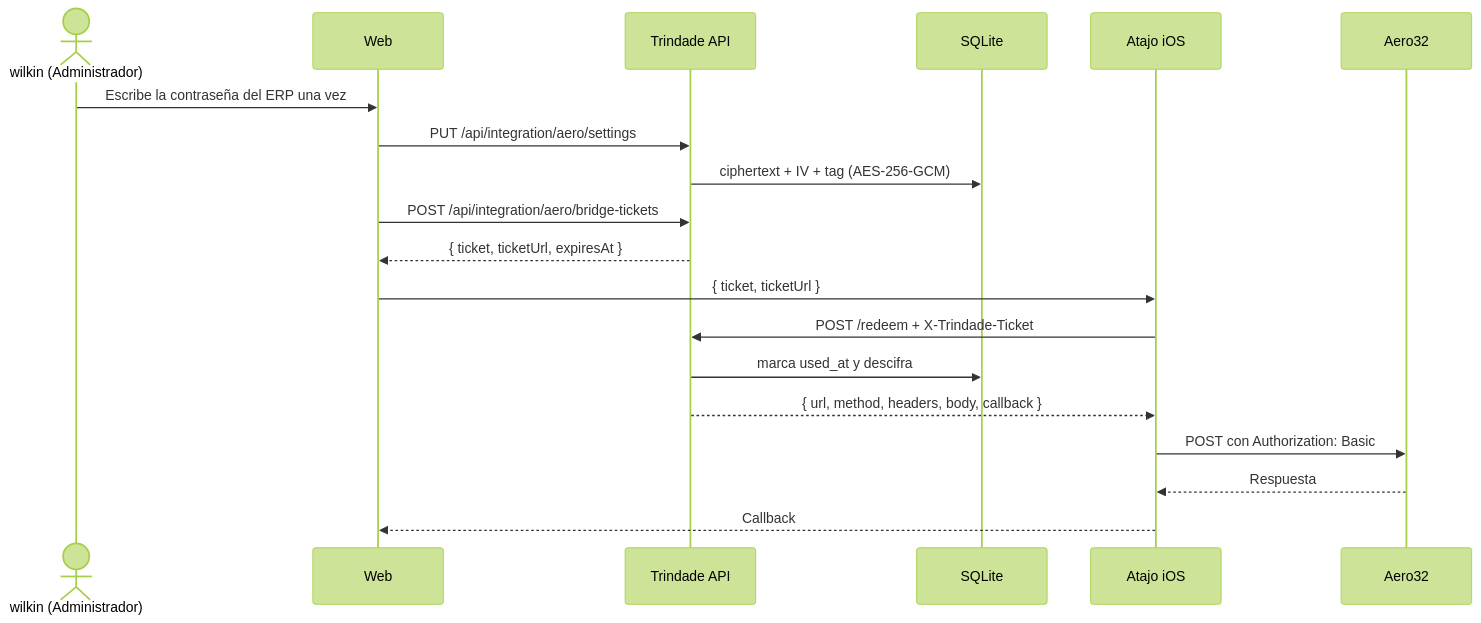
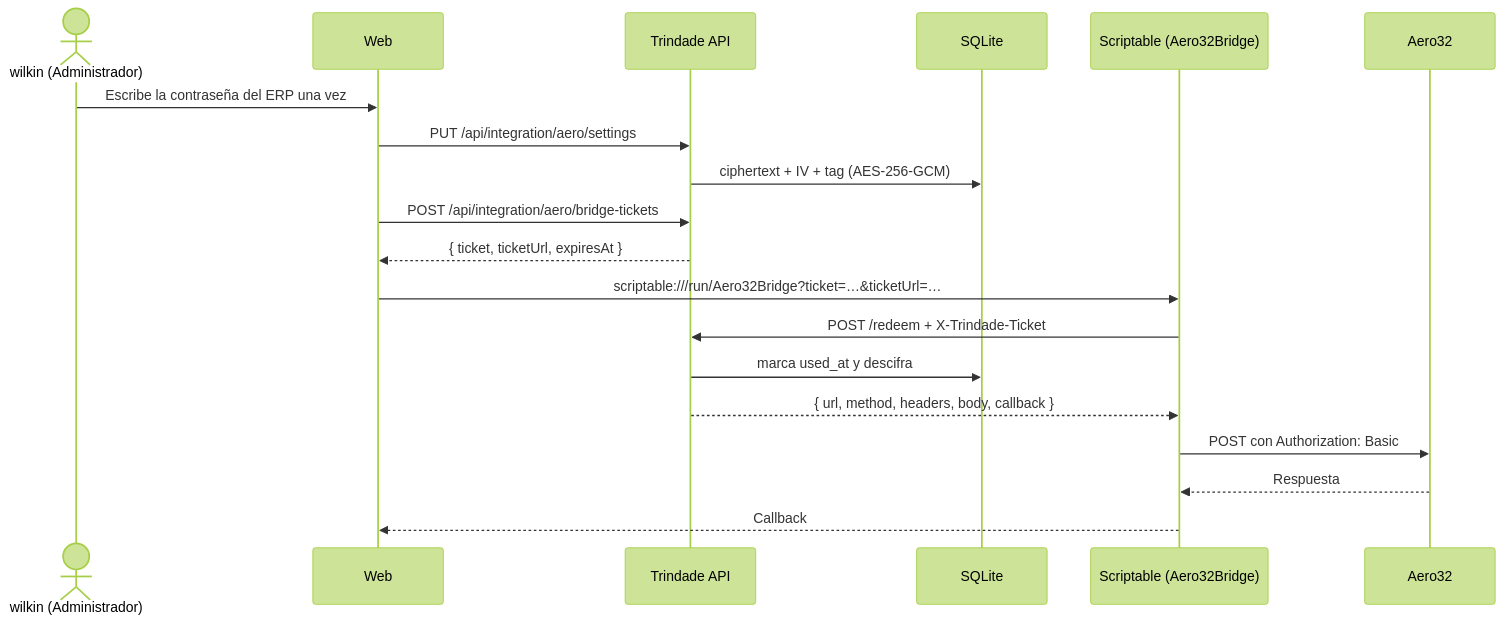
The third of 3 diagrams in docs/arquitectura.md (wilkin-barban/Trindade), drawn with Mermaid (forest theme) before and after one commit. The commit also changed other lines of this file and 6 other files, not shown here.

Commit message:
docs: document the Scriptable bridge for the iPhone

````diff
--- a/docs/arquitectura.md
+++ b/docs/arquitectura.md
@@ -237,22 +237,22 @@
 ```mermaid
 sequenceDiagram
     actor Admin as wilkin (Administrador)
     participant UI as Web
     participant API as Trindade API
     participant DB as SQLite
-    participant Atajo as Atajo iOS
+    participant App as Scriptable (Aero32Bridge)
     participant ERP as Aero32
 
     Admin->>UI: Escribe la contraseña del ERP una vez
     UI->>API: PUT /api/integration/aero/settings
     API->>DB: ciphertext + IV + tag (AES-256-GCM)
     UI->>API: POST /api/integration/aero/bridge-tickets
     API-->>UI: { ticket, ticketUrl, expiresAt }
-    UI->>Atajo: { ticket, ticketUrl }
-    Atajo->>API: POST /redeem + X-Trindade-Ticket
+    UI->>App: scriptable:///run/Aero32Bridge?ticket=…&ticketUrl=…
+    App->>API: POST /redeem + X-Trindade-Ticket
     API->>DB: marca used_at y descifra
-    API-->>Atajo: { url, method, headers, body, callback }
-    Atajo->>ERP: POST con Authorization: Basic
-    ERP-->>Atajo: Respuesta
-    Atajo-->>UI: Callback
+    API-->>App: { url, method, headers, body, callback }
+    App->>ERP: POST con Authorization: Basic
+    ERP-->>App: Respuesta
+    App-->>UI: Callback
 ```
````
